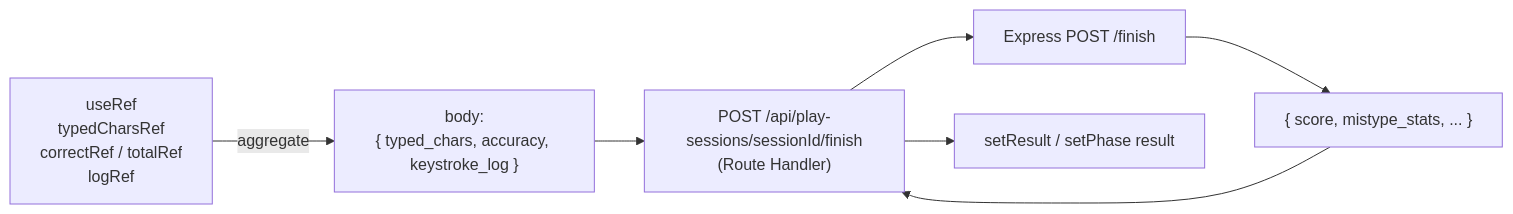
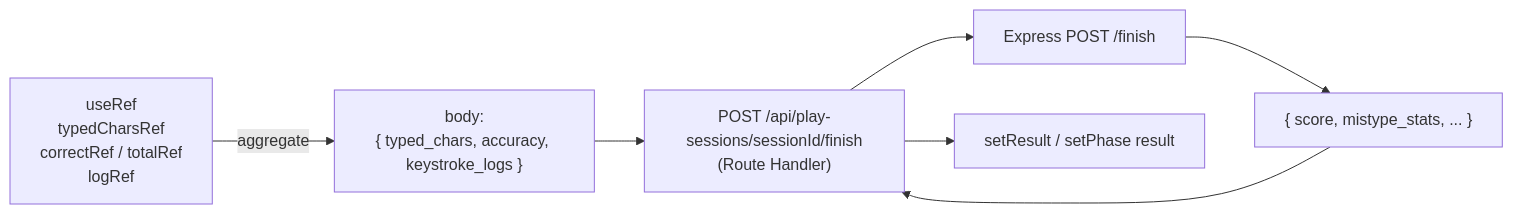
One commit to kentakki416/typing-royale changed the fourth of 4 diagrams in docs/spec/typing-engine/step4-web-language-select-and-play.md. Above: the diagram before and after it, drawn with Mermaid. The commit also changed other lines of this file and 13 other files, not shown here.

First line of the commit message:
refactor(typing-engine): KeystrokeEntry のフィールド名を descriptive に / KeystrokeLog → KeystrokeLogs

````diff
--- a/docs/spec/typing-engine/step4-web-language-select-and-play.md
+++ b/docs/spec/typing-engine/step4-web-language-select-and-play.md
@@ -130,9 +130,9 @@
 ```mermaid
 flowchart LR
-    Refs[useRef<br/>typedCharsRef<br/>correctRef / totalRef<br/>logRef] -->|aggregate| Payload["body:<br/>{ typed_chars, accuracy, keystroke_log }"]
+    Refs[useRef<br/>typedCharsRef<br/>correctRef / totalRef<br/>logRef] -->|aggregate| Payload["body:<br/>{ typed_chars, accuracy, keystroke_logs }"]
     Payload --> RH["POST /api/play-sessions/sessionId/finish<br/>(Route Handler)"]
     RH --> EX[Express POST /finish]
     EX --> RES["{ score, mistype_stats, ... }"]
     RES --> RH
     RH --> State[setResult / setPhase result]
 ```
````
